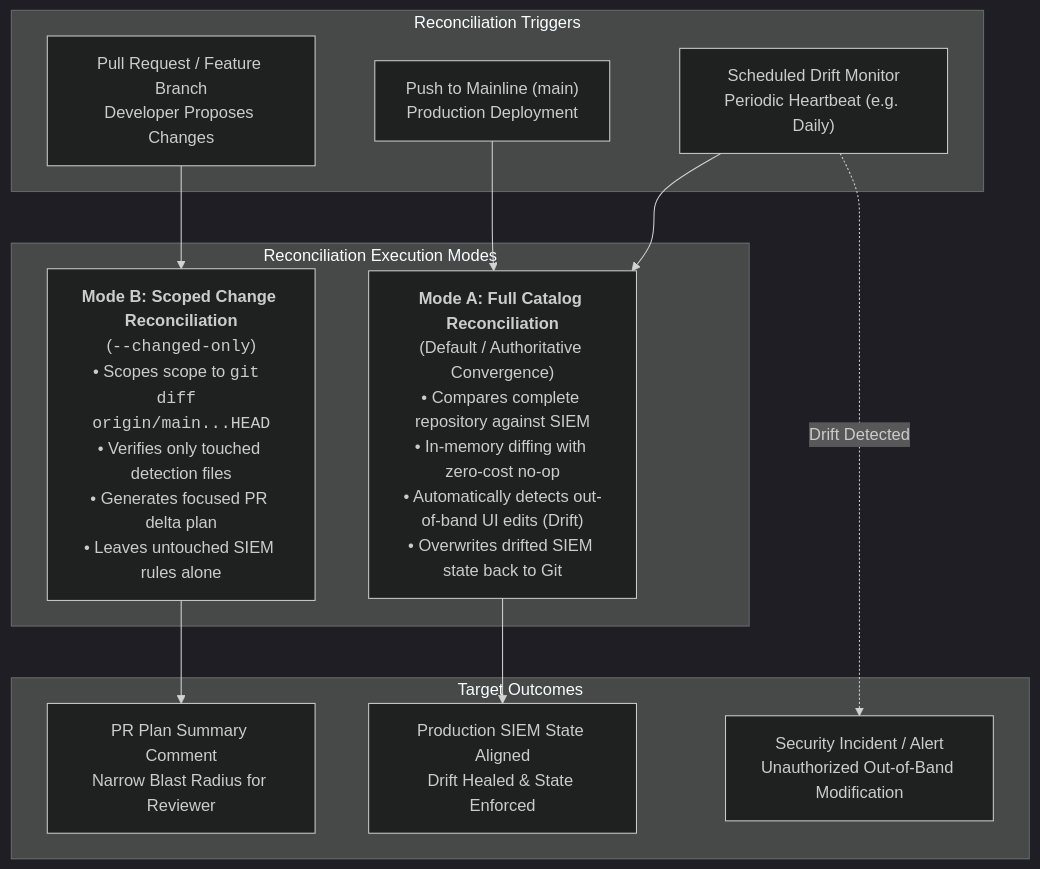
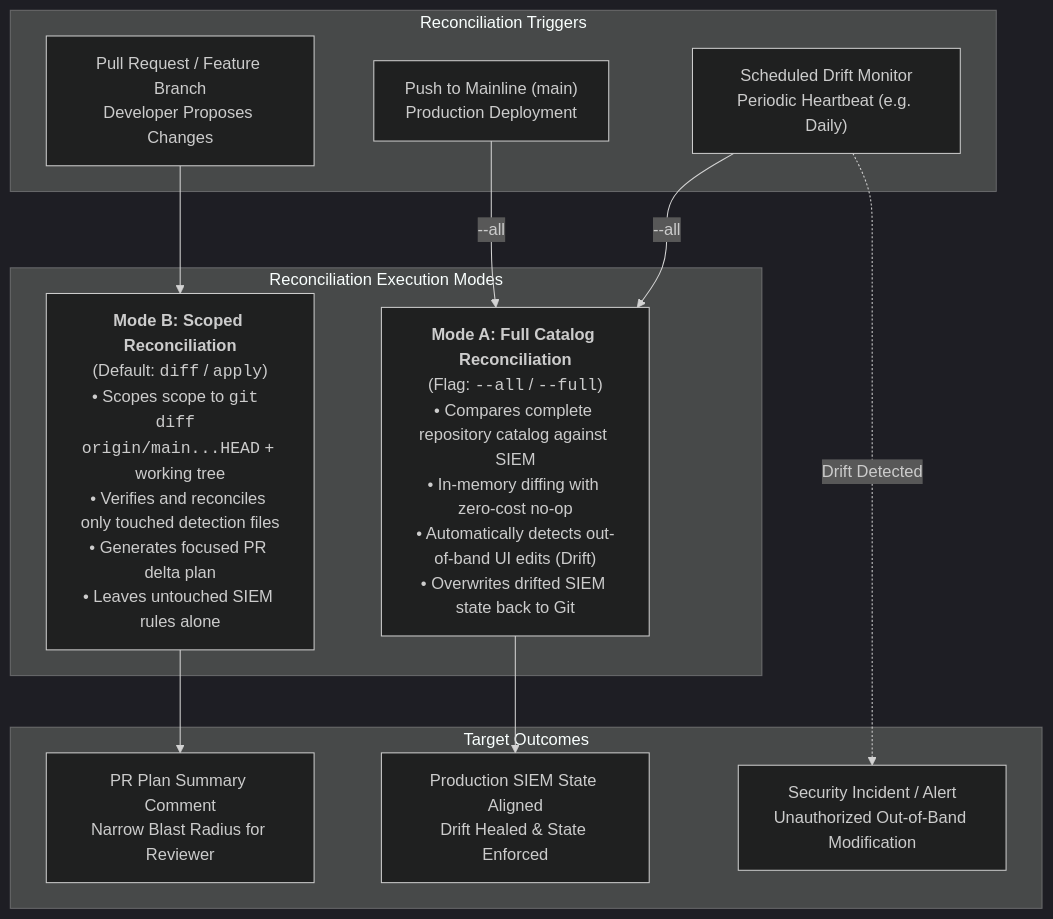
Before and after one commit to lopes/graft: the third of 3 diagrams in docs/architecture.md, drawn with Mermaid (dark theme). The commit also changed other lines of this file and 11 other files, not shown here.

Commit message:
secops,cli: default diff and apply to scoped mode and add all flag for full drift reconciliation

````diff
--- a/docs/architecture.md
+++ b/docs/architecture.md
@@ -87,27 +87,27 @@
 ```mermaid
 flowchart TD
     subgraph Trigger["Reconciliation Triggers"]
         PR["Pull Request / Feature Branch<br/>Developer Proposes Changes"]
         MERGE["Push to Mainline (main)<br/>Production Deployment"]
         CRON["Scheduled Drift Monitor<br/>Periodic Heartbeat (e.g. Daily)"]
     end
 
     subgraph Modes["Reconciliation Execution Modes"]
-        MODE_B["<b>Mode B: Scoped Change Reconciliation</b><br/>(<code>--changed-only</code>)<br/>• Scopes scope to <code>git diff origin/main...HEAD</code><br/>• Verifies only touched detection files<br/>• Generates focused PR delta plan<br/>• Leaves untouched SIEM rules alone"]
-        MODE_A["<b>Mode A: Full Catalog Reconciliation</b><br/>(Default / Authoritative Convergence)<br/>• Compares complete repository against SIEM<br/>• In-memory diffing with zero-cost no-op<br/>• Automatically detects out-of-band UI edits (Drift)<br/>• Overwrites drifted SIEM state back to Git"]
+        MODE_B["<b>Mode B: Scoped Reconciliation</b><br/>(Default: <code>diff</code> / <code>apply</code>)<br/>• Scopes scope to <code>git diff origin/main...HEAD</code> + working tree<br/>• Verifies and reconciles only touched detection files<br/>• Generates focused PR delta plan<br/>• Leaves untouched SIEM rules alone"]
+        MODE_A["<b>Mode A: Full Catalog Reconciliation</b><br/>(Flag: <code>--all</code> / <code>--full</code>)<br/>• Compares complete repository catalog against SIEM<br/>• In-memory diffing with zero-cost no-op<br/>• Automatically detects out-of-band UI edits (Drift)<br/>• Overwrites drifted SIEM state back to Git"]
     end
 
     subgraph Outcomes["Target Outcomes"]
         REVIEW["PR Plan Summary Comment<br/>Narrow Blast Radius for Reviewer"]
         CONVERGE["Production SIEM State Aligned<br/>Drift Healed & State Enforced"]
         ALERT["Security Incident / Alert<br/>Unauthorized Out-of-Band Modification"]
     end
 
     PR --> MODE_B
     MODE_B --> REVIEW
 
-    MERGE --> MODE_A
-    CRON --> MODE_A
+    MERGE -->|--all| MODE_A
+    CRON -->|--all| MODE_A
     MODE_A --> CONVERGE
     CRON -.->|Drift Detected| ALERT
 ```
````
